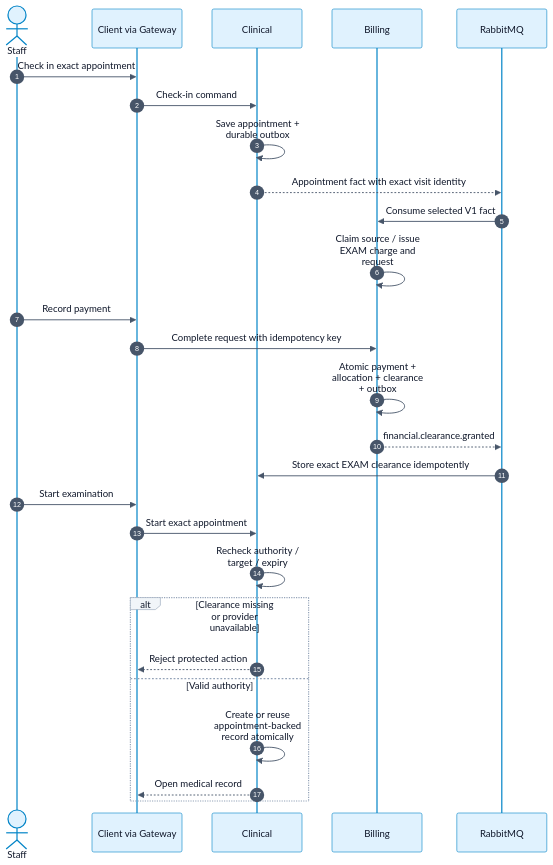
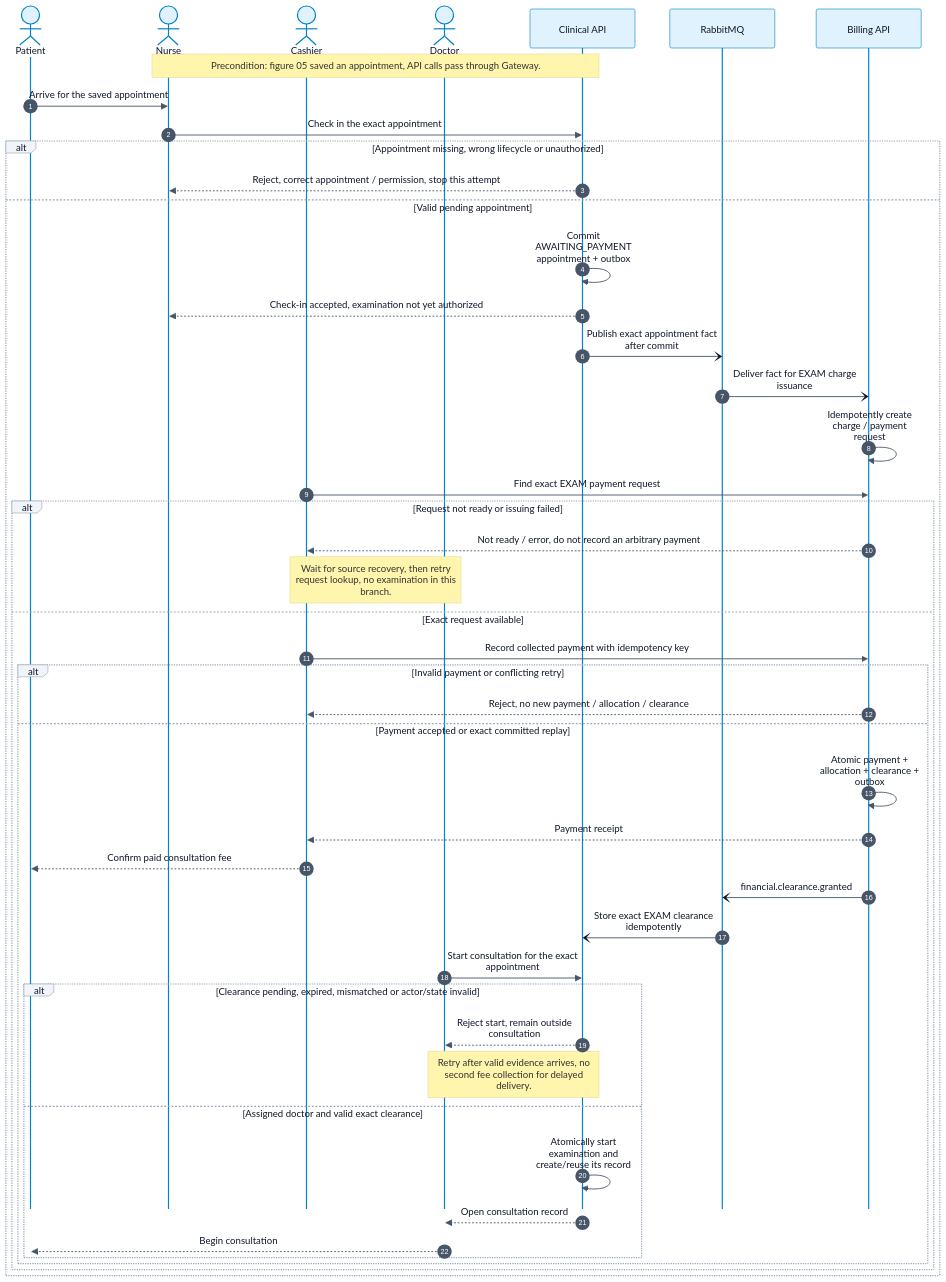
Before and after one commit to Dangvinh77/MediFlow: diagram 15 of 41 in docs/monitor_proj_progress/02-giai-doan-2-thiet-ke-giao-dien-tieu-chuan/review-2/01-review-2-standard-en.md, drawn with Mermaid. The commit also changed other lines of this file and 896 other files, not shown here.

Commit message:
docs(review2): align diagrams with supervisor feedback

````diff
--- a/docs/monitor_proj_progress/02-giai-doan-2-thiet-ke-giao-dien-tieu-chuan/review-2/01-review-2-standard-en.md
+++ b/docs/monitor_proj_progress/02-giai-doan-2-thiet-ke-giao-dien-tieu-chuan/review-2/01-review-2-standard-en.md
@@ -842,30 +739,49 @@
 ```mermaid
-%%{init: {"theme": "base", "securityLevel": "loose", "fontFamily": "Arial, sans-serif", "themeVariables": {"primaryColor": "#e0f2fe", "primaryTextColor": "#0f172a", "primaryBorderColor": "#0284c7", "lineColor": "#475569", "secondaryColor": "#ccfbf1", "tertiaryColor": "#f1f5f9", "background": "#ffffff", "mainBkg": "#e0f2fe", "nodeBorder": "#0284c7", "clusterBkg": "#f8fafc", "clusterBorder": "#94a3b8", "actorBkg": "#e0f2fe", "actorBorder": "#0284c7", "actorTextColor": "#0f172a", "signalColor": "#475569", "signalTextColor": "#0f172a", "labelBoxBkgColor": "#f1f5f9", "labelBoxBorderColor": "#94a3b8", "activationBkgColor": "#ccfbf1", "activationBorderColor": "#0f766e", "sequenceNumberColor": "#ffffff", "attributeBackgroundColorOdd": "#ffffff", "attributeBackgroundColorEven": "#f0f9ff"}, "flowchart": {"htmlLabels": true, "curve": "basis", "nodeSpacing": 30, "rankSpacing": 50}, "sequence": {"useMaxWidth": true, "wrap": true}, "er": {"useMaxWidth": true}}}%%
+%%{init: {"theme": "base", "securityLevel": "loose", "fontFamily": "Arial, sans-serif", "themeVariables": {"primaryColor": "#e0f2fe", "primaryTextColor": "#0f172a", "primaryBorderColor": "#0284c7", "lineColor": "#475569", "secondaryColor": "#ccfbf1", "tertiaryColor": "#f1f5f9", "background": "#ffffff", "mainBkg": "#e0f2fe", "nodeBorder": "#0284c7", "clusterBkg": "#f8fafc", "clusterBorder": "#94a3b8", "actorBkg": "#e0f2fe", "actorBorder": "#0284c7", "actorTextColor": "#0f172a", "signalColor": "#475569", "signalTextColor": "#0f172a", "labelBoxBkgColor": "#f1f5f9", "labelBoxBorderColor": "#94a3b8", "activationBkgColor": "#ccfbf1", "activationBorderColor": "#0f766e", "sequenceNumberColor": "#ffffff", "attributeBackgroundColorOdd": "#ffffff", "attributeBackgroundColorEven": "#f0f9ff"}, "flowchart": {"htmlLabels": true, "curve": "linear", "nodeSpacing": 40, "rankSpacing": 46, "subGraphTitleMargin": {"top": 12, "bottom": 45}}, "sequence": {"useMaxWidth": true, "wrap": true, "actorMargin": 55, "width": 175, "messageMargin": 30, "mirrorActors": false}, "er": {"useMaxWidth": true}, "maxTextSize": 2000000, "class": {"nodeSpacing": 30, "rankSpacing": 55}}}%%
 sequenceDiagram
  autonumber
- actor Staff
- participant UI as Client via Gateway
- participant C as Clinical
- participant B as Billing
+ actor Patient as Patient
+ actor Nurse as Nurse
+ actor Cashier as Cashier
+ actor Doctor as Doctor
+ participant C as Clinical API
  participant Q as RabbitMQ
- Staff->>UI: Check in exact appointment
- UI->>C: Check-in command
- C->>C: Save appointment + durable outbox
- C-->>Q: Appointment fact with exact visit identity
- Q->>B: Consume selected V1 fact
- B->>B: Claim source / issue EXAM charge and request
- Staff->>UI: Record payment
- UI->>B: Complete request with idempotency key
- B->>B: Atomic payment + allocation + clearance + outbox
- B-->>Q: financial.clearance.granted
- Q->>C: Store exact EXAM clearance idempotently
- Staff->>UI: Start examination
- UI->>C: Start exact appointment
- C->>C: Recheck authority / target / expiry
- alt Clearance missing or provider unavailable
- C-->>UI: Reject protected action
- else Valid authority
- C->>C: Create or reuse appointment-backed record atomically
- C-->>UI: Open medical record
+ participant B as Billing API
+ Note over Nurse,C: Precondition: figure 05 saved an appointment, API calls pass through Gateway.
+ Patient->>Nurse: Arrive for the saved appointment
+ Nurse->>C: Check in the exact appointment
+ alt Appointment missing, wrong lifecycle or unauthorized
+  C-->>Nurse: Reject, correct appointment / permission, stop this attempt
+ else Valid pending appointment
+  C->>C: Commit AWAITING_PAYMENT appointment + outbox
+  C-->>Nurse: Check-in accepted, examination not yet authorized
+  C-)Q: Publish exact appointment fact after commit
+  Q-)B: Deliver fact for EXAM charge issuance
+  B->>B: Idempotently create charge / payment request
+  Cashier->>B: Find exact EXAM payment request
+  alt Request not ready or issuing failed
+   B-->>Cashier: Not ready / error, do not record an arbitrary payment
+   Note over Cashier,Doctor: Wait for source recovery, then retry request lookup, no examination in this branch.
+  else Exact request available
+   Cashier->>B: Record collected payment with idempotency key
+   alt Invalid payment or conflicting retry
+    B-->>Cashier: Reject, no new payment / allocation / clearance
+   else Payment accepted or exact committed replay
+    B->>B: Atomic payment + allocation + clearance + outbox
+    B-->>Cashier: Payment receipt
+    Cashier-->>Patient: Confirm paid consultation fee
+    B-)Q: financial.clearance.granted
+    Q-)C: Store exact EXAM clearance idempotently
+    Doctor->>C: Start consultation for the exact appointment
+    alt Clearance pending, expired, mismatched or actor/state invalid
+     C-->>Doctor: Reject start, remain outside consultation
+     Note over Doctor,C: Retry after valid evidence arrives, no second fee collection for delayed delivery.
+    else Assigned doctor and valid exact clearance
+     C->>C: Atomically start examination and create/reuse its record
+     C-->>Doctor: Open consultation record
+     Doctor-->>Patient: Begin consultation
+    end
+   end
+  end
  end
 ```
````
